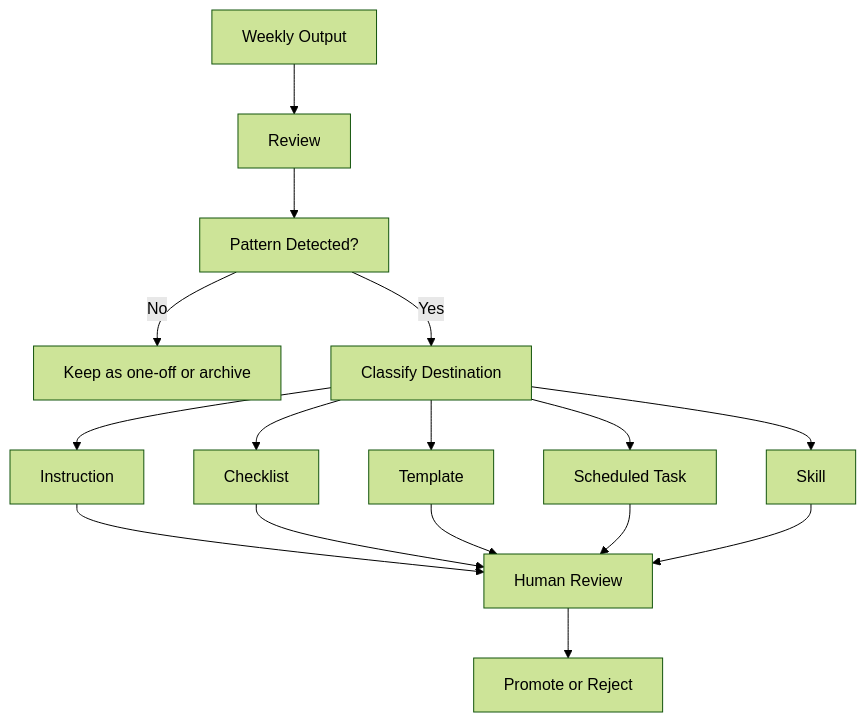
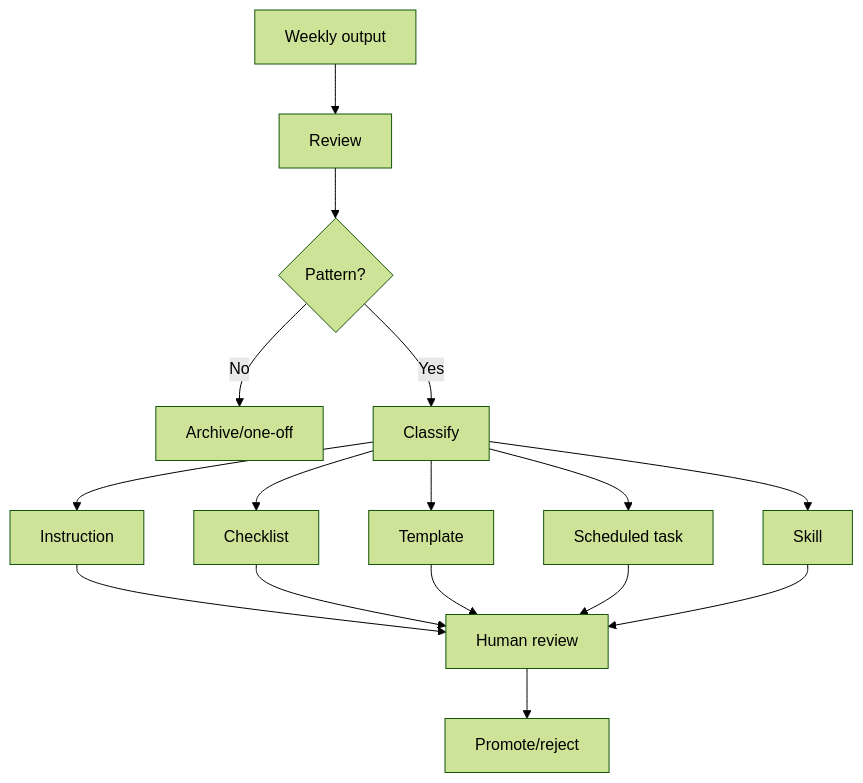
Before and after one commit to marcus-uden-dev/ai-native-proof-of-work: the diagram in workflows/REVIEW_AND_PROMOTION_LOOP.md, drawn with Mermaid (forest theme). The commit also changed other lines of this file and 78 other files, not shown here.

Commit message:
Reframe strategy and diagrams around project proof

````diff
--- a/workflows/REVIEW_AND_PROMOTION_LOOP.md
+++ b/workflows/REVIEW_AND_PROMOTION_LOOP.md
@@ -12,18 +12,18 @@
 ```mermaid
 flowchart TD
-    A[Weekly Output] --> B[Review]
-    B --> C[Pattern Detected?]
-    C -->|No| D[Keep as one-off or archive]
-    C -->|Yes| E[Classify Destination]
-    E --> F[Instruction]
-    E --> G[Checklist]
-    E --> H[Template]
-    E --> I[Scheduled Task]
-    E --> J[Skill]
-    F --> K[Human Review]
+    A["Weekly output"] --> B["Review"]
+    B --> C{"Pattern?"}
+    C -->|No| D["Archive/one-off"]
+    C -->|Yes| E["Classify"]
+    E --> F["Instruction"]
+    E --> G["Checklist"]
+    E --> H["Template"]
+    E --> I["Scheduled task"]
+    E --> J["Skill"]
+    F --> K["Human review"]
     G --> K
     H --> K
     I --> K
     J --> K
-    K --> L[Promote or Reject]
+    K --> L["Promote/reject"]
 ```
````
